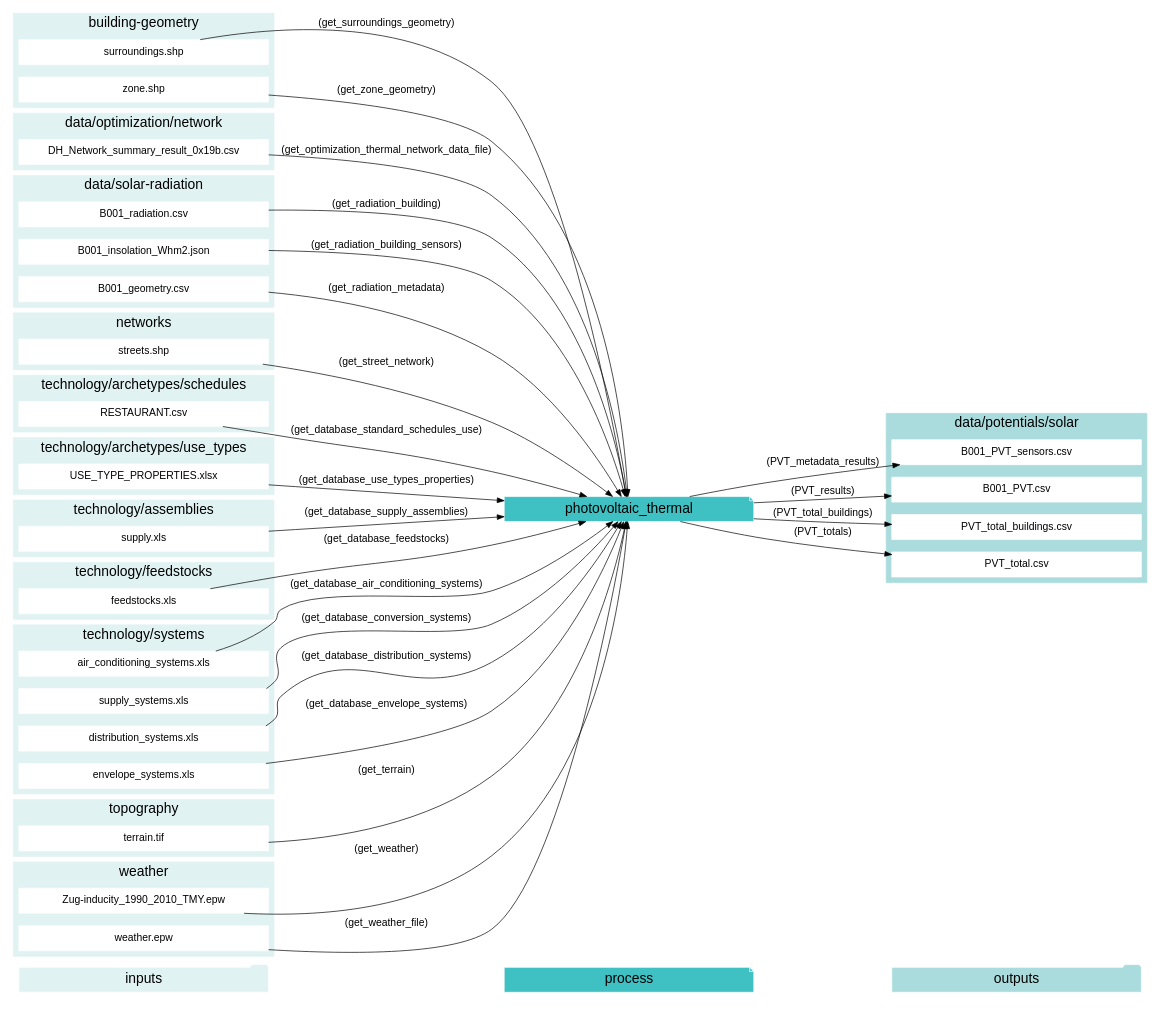
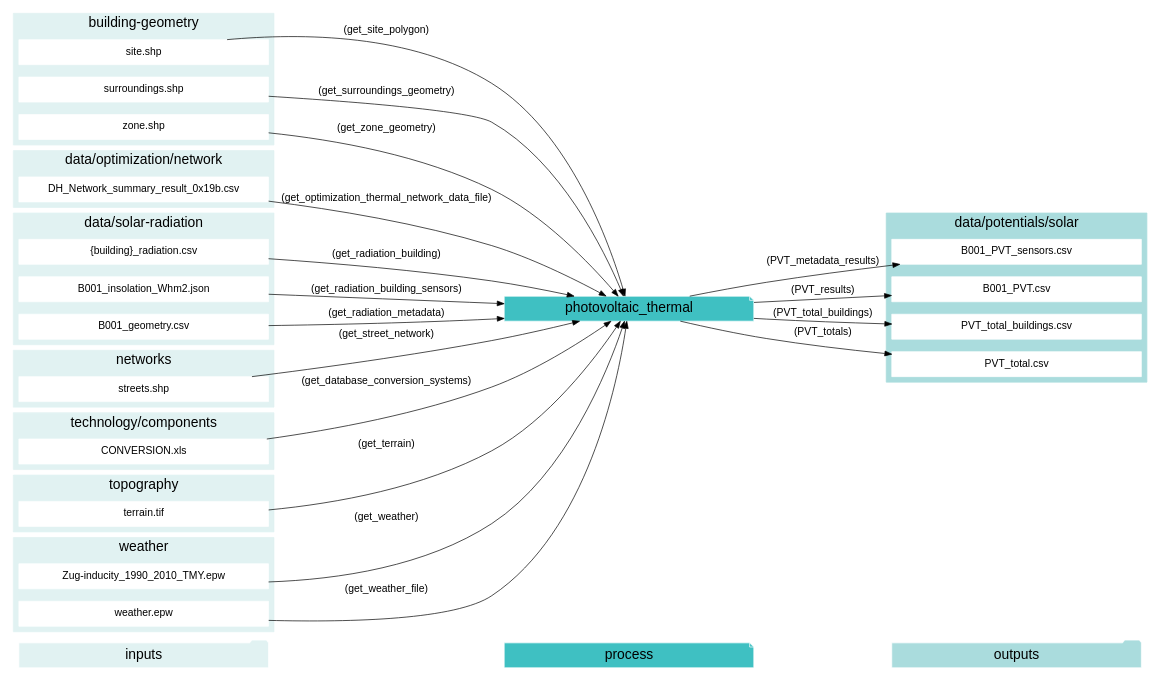
The diagram in docs/graphviz/photovoltaic_thermal.gv (architecture-building-systems/CityEnergyAnalyst), drawn with Graphviz before and after one commit. The commit also changed 24 other files, not shown here.

```diff
--- a/docs/graphviz/photovoltaic_thermal.gv
+++ b/docs/graphviz/photovoltaic_thermal.gv
@@ -1,145 +1,105 @@
 digraph trace_inputlocator {
     rankdir="LR";
     graph [overlap=false, fontname=arial];
     node [shape=box, style=filled, color=white, fontsize=15, fontname=arial, fixedsize=true, width=5];
     edge [fontname=arial, fontsize = 15]
     newrank=true
     subgraph cluster_legend {
     fontsize=25
     style=invis
     "process"[style=filled, fillcolor="#3FC0C2", shape=note, fontsize=20, fontname="arial"]
     "inputs" [style=filled, shape=folder, color=white, fillcolor="#E1F2F2", fontsize=20]
     "outputs"[style=filled, shape=folder, color=white, fillcolor="#aadcdd", fontsize=20]
     "inputs"->"process"[style=invis]
     "process"->"outputs"[style=invis]
     }
     "photovoltaic_thermal"[style=filled, color=white, fillcolor="#3FC0C2", shape=note, fontsize=20, fontname=arial];
     subgraph cluster_0_in {
         style = filled;
         color = "#E1F2F2";
         fontsize = 20;
         rank=same;
         label="building-geometry";
+        "site.shp"
         "surroundings.shp"
         "zone.shp"
     }
     subgraph cluster_1_in {
         style = filled;
         color = "#E1F2F2";
         fontsize = 20;
         rank=same;
         label="data/optimization/network";
         "DH_Network_summary_result_0x19b.csv"
     }
     subgraph cluster_2_out {
         style = filled;
         color = "#aadcdd";
         fontsize = 20;
         rank=same;
         label="data/potentials/solar";
         "B001_PVT_sensors.csv"
         "B001_PVT.csv"
         "PVT_total_buildings.csv"
         "PVT_total.csv"
     }
     subgraph cluster_3_in {
         style = filled;
         color = "#E1F2F2";
         fontsize = 20;
         rank=same;
         label="data/solar-radiation";
-        "B001_radiation.csv"
+        "{building}_radiation.csv"
         "B001_insolation_Whm2.json"
         "B001_geometry.csv"
     }
     subgraph cluster_4_in {
         style = filled;
         color = "#E1F2F2";
         fontsize = 20;
         rank=same;
         label="networks";
         "streets.shp"
     }
     subgraph cluster_5_in {
         style = filled;
         color = "#E1F2F2";
         fontsize = 20;
         rank=same;
-        label="technology/archetypes/schedules";
-        "RESTAURANT.csv"
+        label="technology/components";
+        "CONVERSION.xls"
     }
     subgraph cluster_6_in {
-        style = filled;
-        color = "#E1F2F2";
-        fontsize = 20;
-        rank=same;
-        label="technology/archetypes/use_types";
-        "USE_TYPE_PROPERTIES.xlsx"
-    }
-    subgraph cluster_7_in {
-        style = filled;
-        color = "#E1F2F2";
-        fontsize = 20;
-        rank=same;
-        label="technology/assemblies";
-        "supply.xls"
-    }
-    subgraph cluster_8_in {
-        style = filled;
-        color = "#E1F2F2";
-        fontsize = 20;
-        rank=same;
-        label="technology/feedstocks";
-        "feedstocks.xls"
-    }
-    subgraph cluster_9_in {
-        style = filled;
-        color = "#E1F2F2";
-        fontsize = 20;
-        rank=same;
-        label="technology/systems";
-        "air_conditioning_systems.xls"
-        "supply_systems.xls"
-        "distribution_systems.xls"
-        "envelope_systems.xls"
-    }
-    subgraph cluster_10_in {
         style = filled;
         color = "#E1F2F2";
         fontsize = 20;
         rank=same;
         label="topography";
         "terrain.tif"
     }
-    subgraph cluster_11_in {
+    subgraph cluster_7_in {
         style = filled;
         color = "#E1F2F2";
         fontsize = 20;
         rank=same;
         label="weather";
         "Zug-inducity_1990_2010_TMY.epw"
         "weather.epw"
     }
-    "air_conditioning_systems.xls" -> "photovoltaic_thermal"[label="(get_database_air_conditioning_systems)"]
-    "supply_systems.xls" -> "photovoltaic_thermal"[label="(get_database_conversion_systems)"]
-    "distribution_systems.xls" -> "photovoltaic_thermal"[label="(get_database_distribution_systems)"]
-    "envelope_systems.xls" -> "photovoltaic_thermal"[label="(get_database_envelope_systems)"]
-    "feedstocks.xls" -> "photovoltaic_thermal"[label="(get_database_feedstocks)"]
-    "RESTAURANT.csv" -> "photovoltaic_thermal"[label="(get_database_standard_schedules_use)"]
-    "supply.xls" -> "photovoltaic_thermal"[label="(get_database_supply_assemblies)"]
-    "USE_TYPE_PROPERTIES.xlsx" -> "photovoltaic_thermal"[label="(get_database_use_types_properties)"]
+    "CONVERSION.xls" -> "photovoltaic_thermal"[label="(get_database_conversion_systems)"]
     "DH_Network_summary_result_0x19b.csv" -> "photovoltaic_thermal"[label="(get_optimization_thermal_network_data_file)"]
-    "B001_radiation.csv" -> "photovoltaic_thermal"[label="(get_radiation_building)"]
+    "{building}_radiation.csv" -> "photovoltaic_thermal"[label="(get_radiation_building)"]
     "B001_insolation_Whm2.json" -> "photovoltaic_thermal"[label="(get_radiation_building_sensors)"]
     "B001_geometry.csv" -> "photovoltaic_thermal"[label="(get_radiation_metadata)"]
+    "site.shp" -> "photovoltaic_thermal"[label="(get_site_polygon)"]
     "streets.shp" -> "photovoltaic_thermal"[label="(get_street_network)"]
     "surroundings.shp" -> "photovoltaic_thermal"[label="(get_surroundings_geometry)"]
     "terrain.tif" -> "photovoltaic_thermal"[label="(get_terrain)"]
     "Zug-inducity_1990_2010_TMY.epw" -> "photovoltaic_thermal"[label="(get_weather)"]
     "weather.epw" -> "photovoltaic_thermal"[label="(get_weather_file)"]
     "zone.shp" -> "photovoltaic_thermal"[label="(get_zone_geometry)"]
     "photovoltaic_thermal" -> "B001_PVT_sensors.csv"[label="(PVT_metadata_results)"]
     "photovoltaic_thermal" -> "B001_PVT.csv"[label="(PVT_results)"]
     "photovoltaic_thermal" -> "PVT_total_buildings.csv"[label="(PVT_total_buildings)"]
     "photovoltaic_thermal" -> "PVT_total.csv"[label="(PVT_totals)"]
     }
```
